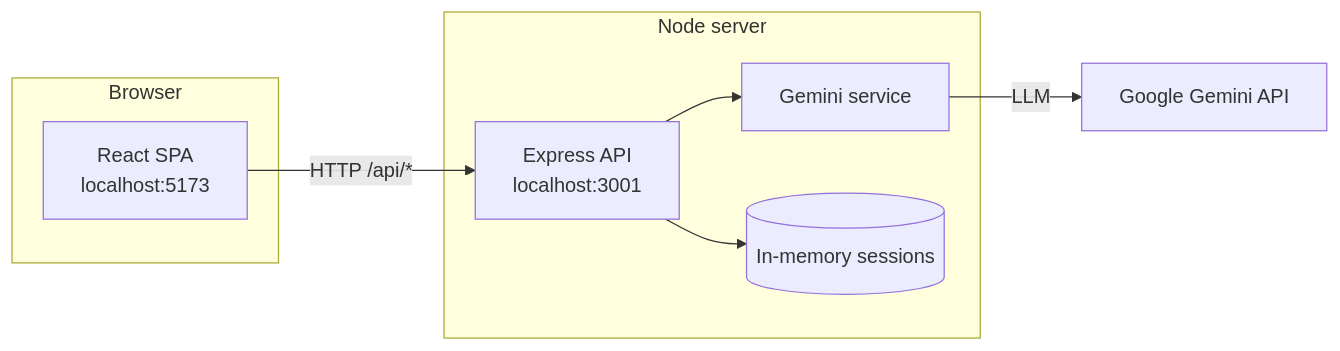
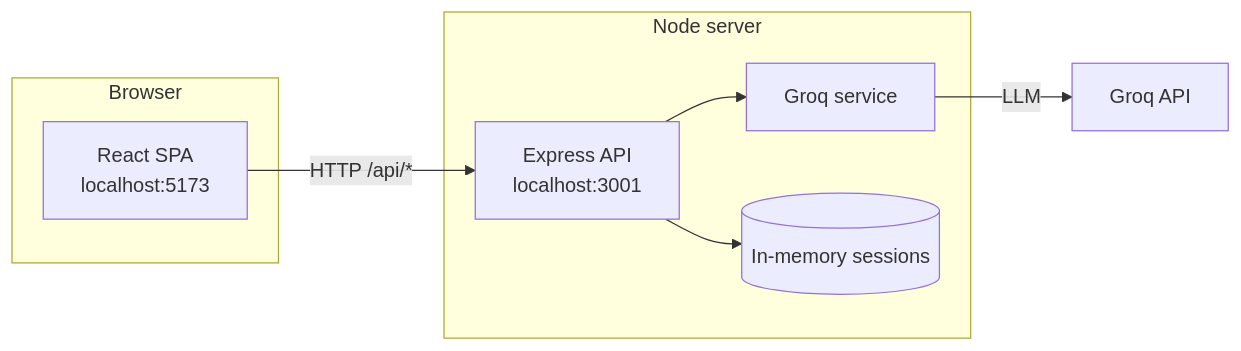
One commit to yohannesdawit21/OpportunityAgent changed the first of 4 diagrams in SYSTEM.md. Above: the diagram before and after it, drawn with Mermaid. The commit also changed other lines of this file and 18 other files, not shown here.

First line of the commit message:
feat: migrate from Gemini API to Groq for profile analysis and cover letters

````diff
--- a/SYSTEM.md
+++ b/SYSTEM.md
@@ -11,15 +11,15 @@
 ```mermaid
 flowchart LR
   subgraph browser [Browser]
     UI[React SPA\nlocalhost:5173]
   end
   subgraph server [Node server]
     API[Express API\nlocalhost:3001]
-    Agent[Gemini service]
+    Agent[Groq service]
     Store[(In-memory sessions)]
   end
   UI -->|HTTP /api/*| API
   API --> Agent
   API --> Store
-  Agent -->|LLM| Gemini[Google Gemini API]
+  Agent -->|LLM| Groq[Groq API]
 ```
````
